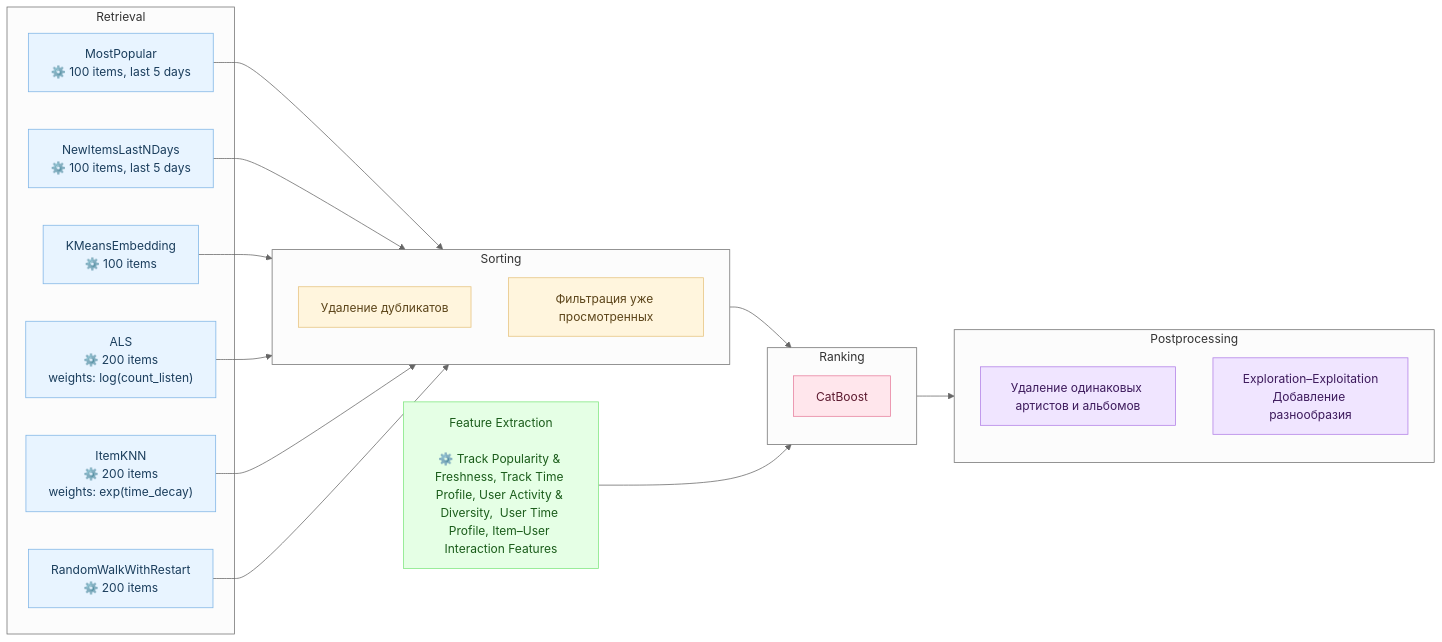
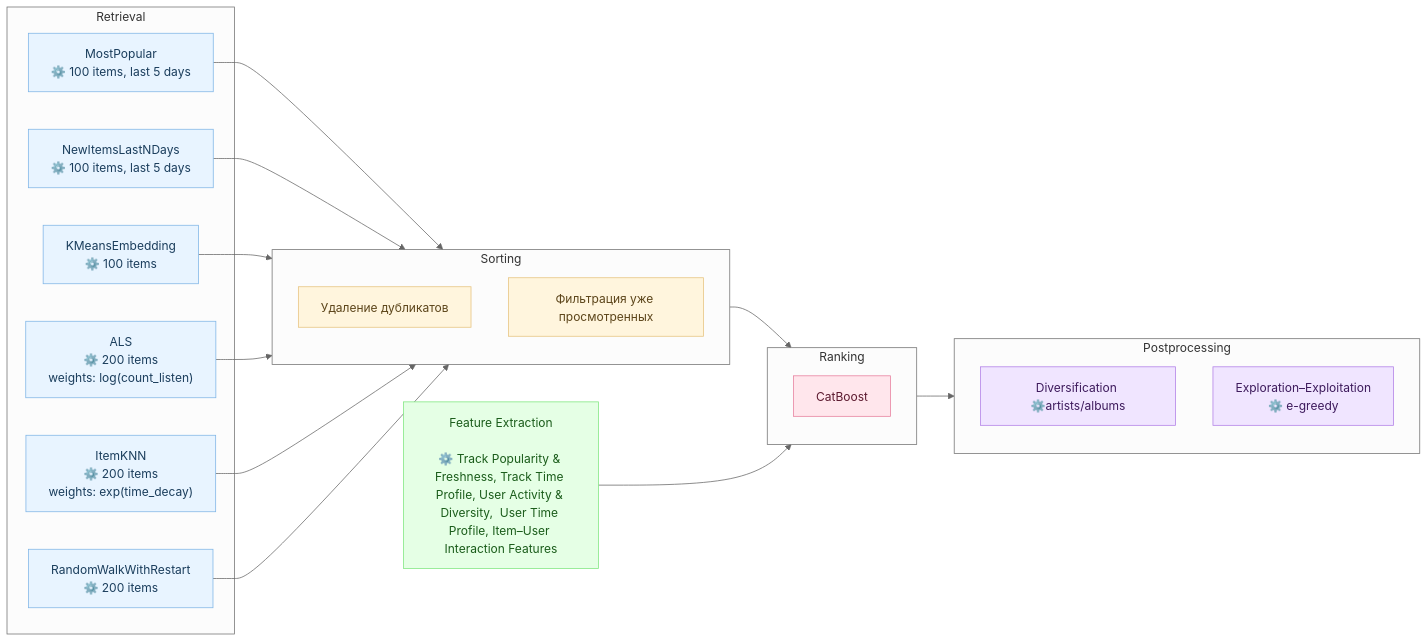
The second of 2 diagrams in README.md (Nastasy822/music-recommendation-experiments), drawn with Mermaid (neutral theme) before and after one commit.

Commit message:
docs(readme): update diagram

````diff
--- a/README.md
+++ b/README.md
@@ -180,59 +180,59 @@
 ```mermaid
 flowchart LR
 
     %% === Retrieval Models ===
     subgraph RETRIEVAL ["Retrieval"]
         PopAll["MostPopular<br/>⚙️ 100 items, last 5 days"]
         PopUser["NewItemsLastNDays<br/>⚙️ 100 items, last 5 days"]
         SIM["KMeansEmbedding<br/>⚙️ 100 items"]
         ITEMKNN["ItemKNN<br/>⚙️ 200 items<br/>weights: exp(time_decay)"]
         GRAPH["RandomWalkWithRestart<br/>⚙️ 200 items"]
         ALS["ALS<br/>⚙️ 200 items<br/>weights: log(count_listen)"]
     end
 
     %% === Sorting Stage ===
     subgraph SORTING ["Sorting"]
         DUBLICATE["Удаление дубликатов"]
         FILTER["Фильтрация уже просмотренных"]
     end
 
     %% === Ranking Stage ===
     subgraph RANKING ["Ranking"]
         RANK["CatBoost"]
     end
 
     %% === Postprocessing Stage ===
     subgraph POSTPROCESS ["Postprocessing"]
-        ARTIST_FILTER["Удаление одинаковых артистов и альбомов"]
-        EXPLORATION["Exploration–Exploitation<br/>Добавление разнообразия"]
+        ARTIST_FILTER["Diversification ⚙️artists/albums"]
+        EXPLORATION["Exploration–Exploitation<br/> ⚙️ e-greedy"]
     end
 
     %% === Feature Extraction ===
     FEATS["Feature Extraction<br><br>⚙️ Track Popularity & Freshness, Track Time Profile, User Activity & Diversity,  User Time Profile, Item–User Interaction Features"]
 
     %% === Data Flows ===
     PopAll --> SORTING
     PopUser --> SORTING
     SIM --> SORTING
     ALS --> SORTING
     ITEMKNN --> SORTING
     GRAPH --> SORTING
 
     SORTING --> RANKING
     FEATS --> RANKING
 
     RANKING --> POSTPROCESS
 
     %% === Styles ===
     classDef retrieval fill:#e8f4ff,stroke:#7db4e6,color:#1a3d5c;
     classDef sorting fill:#fff5dd,stroke:#e6c27d,color:#5c451a;
     classDef ranking fill:#ffe6ec,stroke:#e67d9c,color:#5c1a2f;
     classDef postprocess fill:#f0e5ff,stroke:#b07de6,color:#3d1a5c;
     classDef features fill:#e5ffe5,stroke:#7de67d,color:#1a5c1a;
 
     class PopAll,PopUser,SIM,ALS,ITEMKNN,GRAPH retrieval;
     class FILTER,DUBLICATE sorting;
     class RANK ranking;
     class ARTIST_FILTER,EXPLORATION postprocess;
     class FEATS features;
 ```
````
